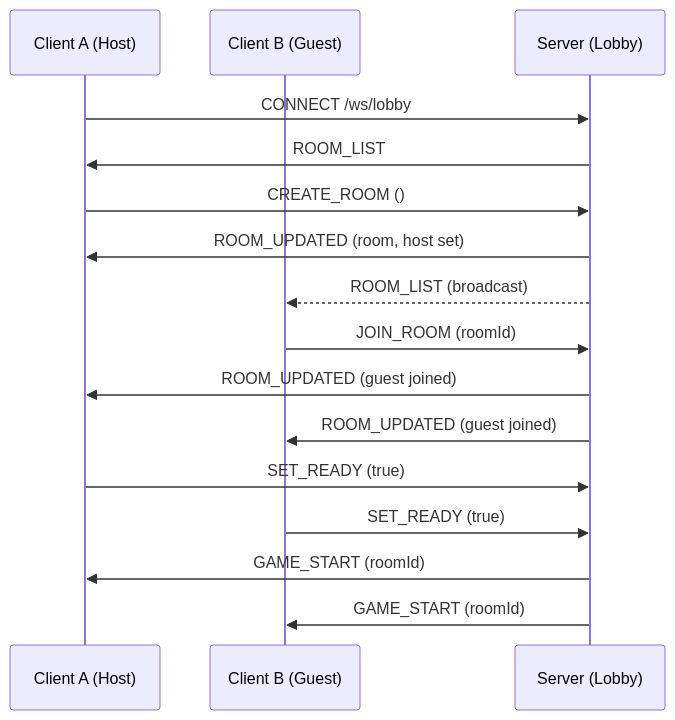
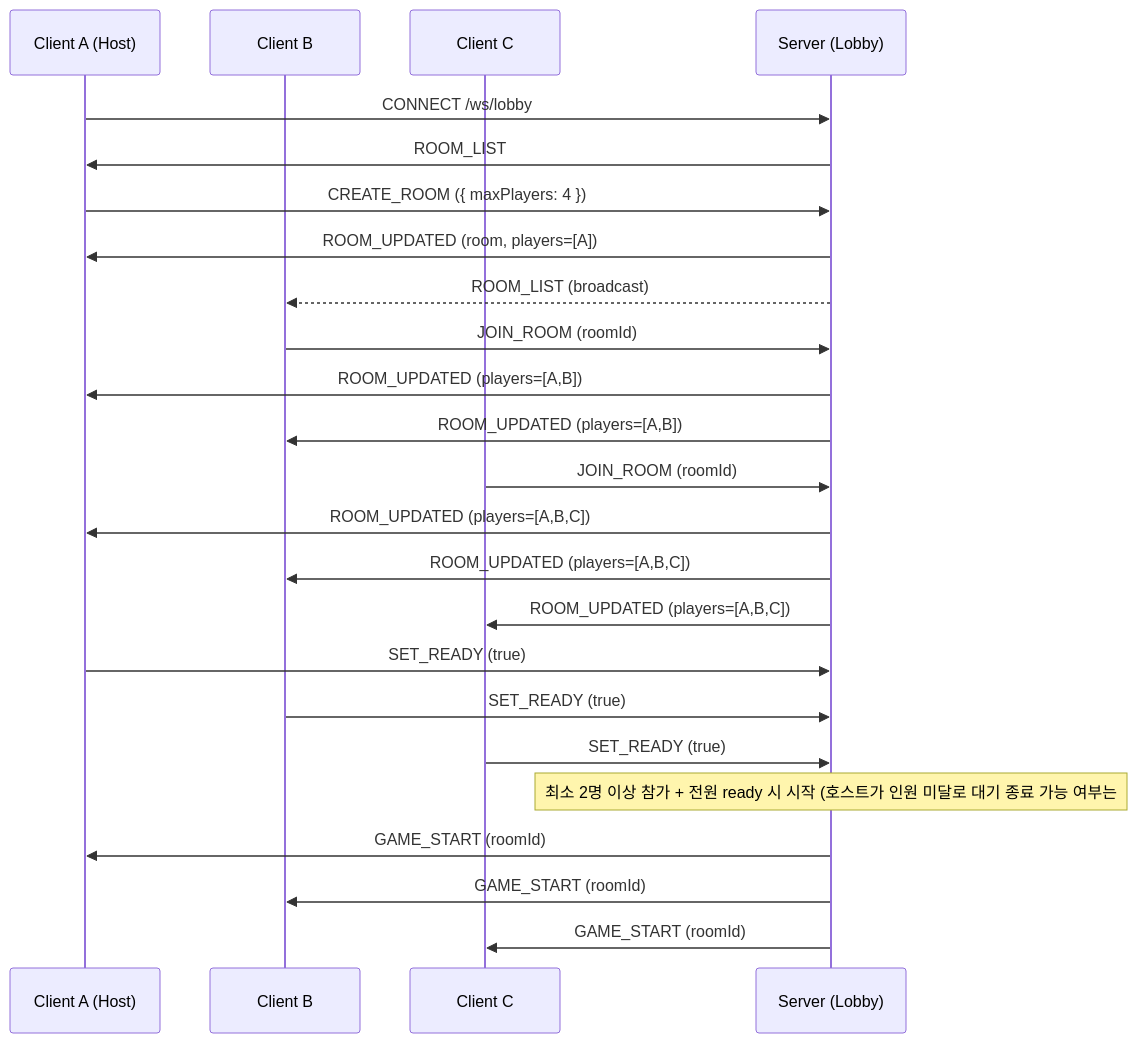
One commit to 222transcendence/transcendence_deploy changed the first of 5 diagrams in architecture_design/WEBSOCKET_PROTOCOL.md. Above: the diagram before and after it, drawn with Mermaid. The commit also changed other lines of this file and 1 other file, not shown here.

First line of the commit message:
docs(game): 2~4인 배틀로얄 규칙 및 프로토콜 확정 [#92]

````diff
--- a/architecture_design/WEBSOCKET_PROTOCOL.md
+++ b/architecture_design/WEBSOCKET_PROTOCOL.md
@@ -39,19 +52,27 @@
 ```mermaid
 sequenceDiagram
     participant C1 as Client A (Host)
-    participant C2 as Client B (Guest)
+    participant C2 as Client B
+    participant C3 as Client C
     participant S as Server (Lobby)
 
     C1->>S: CONNECT /ws/lobby
     S->>C1: ROOM_LIST
-    C1->>S: CREATE_ROOM ()
-    S->>C1: ROOM_UPDATED (room, host set)
+    C1->>S: CREATE_ROOM ({ maxPlayers: 4 })
+    S->>C1: ROOM_UPDATED (room, players=[A])
     S-->>C2: ROOM_LIST (broadcast)
     C2->>S: JOIN_ROOM (roomId)
-    S->>C1: ROOM_UPDATED (guest joined)
-    S->>C2: ROOM_UPDATED (guest joined)
+    S->>C1: ROOM_UPDATED (players=[A,B])
+    S->>C2: ROOM_UPDATED (players=[A,B])
+    C3->>S: JOIN_ROOM (roomId)
+    S->>C1: ROOM_UPDATED (players=[A,B,C])
+    S->>C2: ROOM_UPDATED (players=[A,B,C])
+    S->>C3: ROOM_UPDATED (players=[A,B,C])
     C1->>S: SET_READY (true)
     C2->>S: SET_READY (true)
+    C3->>S: SET_READY (true)
+    Note over S: 최소 2명 이상 참가 + 전원 ready 시 시작 (호스트가 인원 미달로 대기 종료 가능 여부는 #95에서 결정)
     S->>C1: GAME_START (roomId)
     S->>C2: GAME_START (roomId)
+    S->>C3: GAME_START (roomId)
 ```
````
